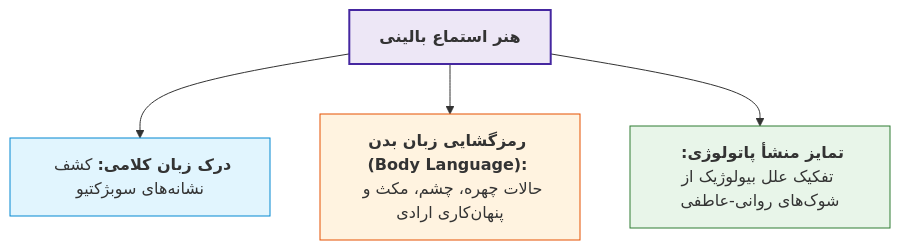
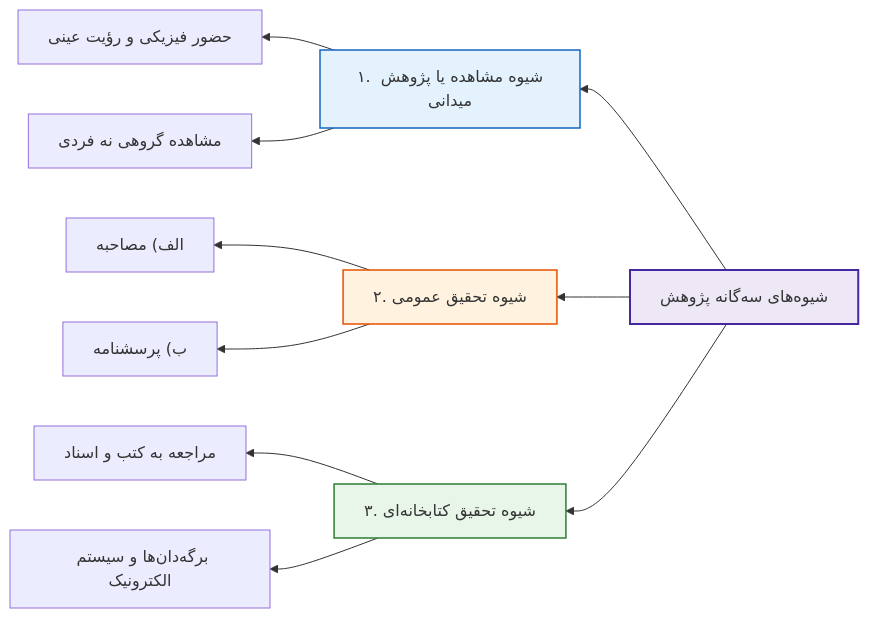
Before and after one commit to neopulse-hub/TUMS-1402-1-neo: the sixth of 37 diagrams in 05/ادبیات/جامع بخش 1.md, drawn with Mermaid. The commit also changed other lines of this file, not shown here.

````diff
--- a/05/ادبیات/جامع بخش 1.md
+++ b/05/ادبیات/جامع بخش 1.md
@@ -203,12 +270,20 @@
 ```mermaid
-flowchart TD
-    Listen["<b>هنر استماع بالینی</b>"]
-    Listen --> L1["<b>درک زبان کلامی:</b> کشف نشانه‌های سوبژکتیو"]
-    Listen --> L2["<b>رمزگشایی زبان بدن (Body Language):</b> حالات چهره، چشم، مکث و پنهان‌‌کاری ارادی"]
-    Listen --> L3["<b>تمایز منشأ پاتولوژی:</b> تفکیک علل بیولوژیک از شوک‌های روانی-عاطفی"]
+flowchart RL
+    Method[شیوه‌های سه‌گانه پژوهش] --> M1[۱. شیوه مشاهده یا پژوهش میدانی]
+    Method --> M2[۲. شیوه تحقیق عمومی]
+    Method --> M3[۳. شیوه تحقیق کتابخانه‌ای]
 
-    style Listen fill:#ede7f6,stroke:#4527a0,stroke-width:2px;
-    style L1 fill:#e1f5fe,stroke:#0288d1,stroke-width:1px;
-    style L2 fill:#fff3e0,stroke:#e65100,stroke-width:1px;
-    style L3 fill:#e8f5e9,stroke:#2e7d32,stroke-width:1px;
+    M1 --> M1_1[حضور فیزیکی و رؤیت عینی]
+    M1 --> M1_2[مشاهده گروهی نه فردی]
+    
+    M2 --> M2_A["الف) مصاحبه"]
+    M2 --> M2_B["ب) پرسشنامه"]
+    
+    M3 --> M3_1[مراجعه به کتب و اسناد]
+    M3 --> M3_2[برگه‌دان‌ها و سیستم الکترونیک]
+
+    style Method fill:#ede7f6,stroke:#4527a0,stroke-width:2px;
+    style M1 fill:#e3f2fd,stroke:#1565c0,stroke-width:1.5px;
+    style M2 fill:#fff3e0,stroke:#e65100,stroke-width:1.5px;
+    style M3 fill:#e8f5e9,stroke:#2e7d32,stroke-width:1.5px;
 ```
````
